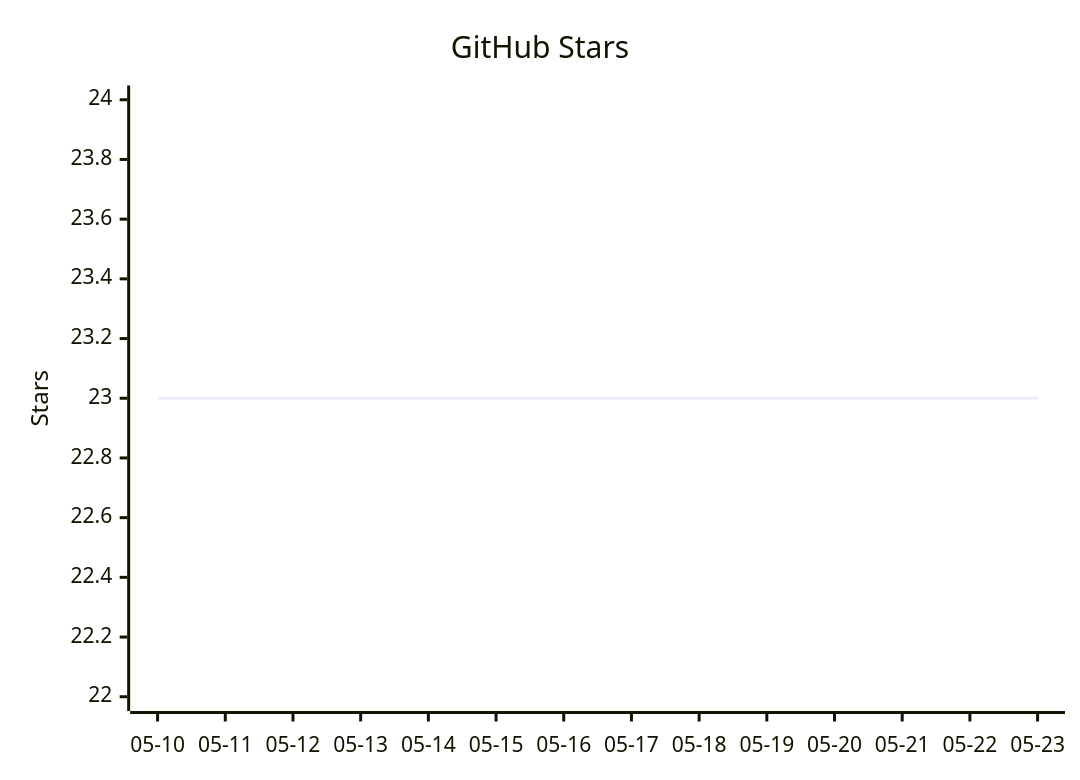
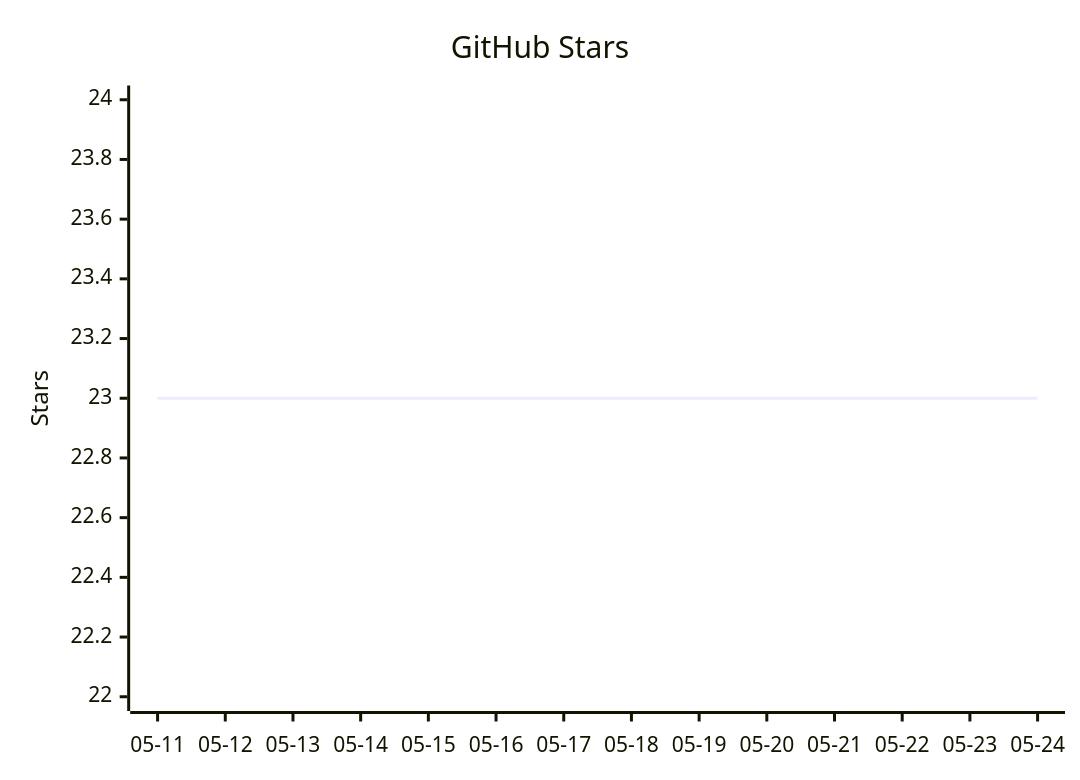
The diagram in README.mbt.md (vectie/moonclaw), drawn with Mermaid before and after one commit. The commit also changed other lines of this file and 1 other file, not shown here.

Commit message:
Update README star growth

````diff
--- a/README.mbt.md
+++ b/README.mbt.md
@@ -490,7 +490,7 @@
 ```mermaid
 xychart-beta
     title "GitHub Stars"
-    x-axis ["05-10","05-11","05-12","05-13","05-14","05-15","05-16","05-17","05-18","05-19","05-20","05-21","05-22","05-23"]
+    x-axis ["05-11","05-12","05-13","05-14","05-15","05-16","05-17","05-18","05-19","05-20","05-21","05-22","05-23","05-24"]
     y-axis "Stars" 22 --> 24
     line [23,23,23,23,23,23,23,23,23,23,23,23,23,23]
 ```
````
